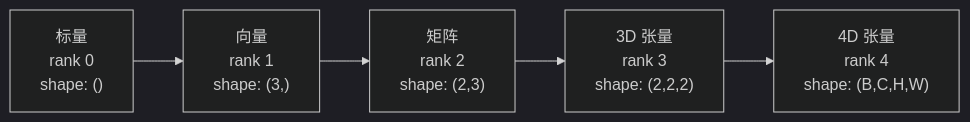
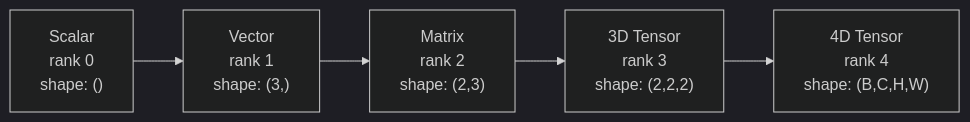
The first of 4 diagrams in phases/01-math-foundations/12-tensor-operations/docs/zh.md (omigaZen/ai-engineering-from-scratch), drawn with Mermaid (dark theme) before and after one commit. The commit also changed other lines of this file and 32 other files, not shown here.

````diff
--- a/phases/01-math-foundations/12-tensor-operations/docs/zh.md
+++ b/phases/01-math-foundations/12-tensor-operations/docs/zh.md
@@ -31,7 +31,7 @@
 ```mermaid
 graph LR
-    S["标量<br/>rank 0<br/>shape: ()"] --> V["向量<br/>rank 1<br/>shape: (3,)"]
-    V --> M["矩阵<br/>rank 2<br/>shape: (2,3)"]
-    M --> T3["3D 张量<br/>rank 3<br/>shape: (2,2,2)"]
-    T3 --> T4["4D 张量<br/>rank 4<br/>shape: (B,C,H,W)"]
+    S["Scalar<br/>rank 0<br/>shape: ()"] --> V["Vector<br/>rank 1<br/>shape: (3,)"]
+    V --> M["Matrix<br/>rank 2<br/>shape: (2,3)"]
+    M --> T3["3D Tensor<br/>rank 3<br/>shape: (2,2,2)"]
+    T3 --> T4["4D Tensor<br/>rank 4<br/>shape: (B,C,H,W)"]
 ```
````
